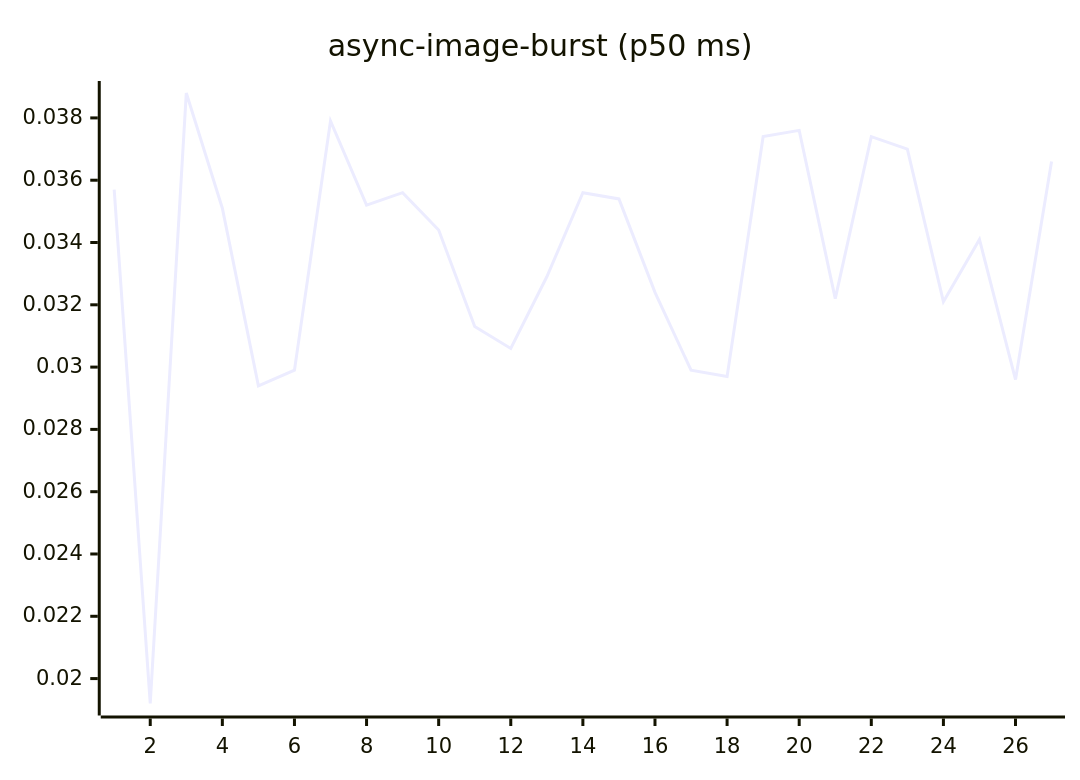
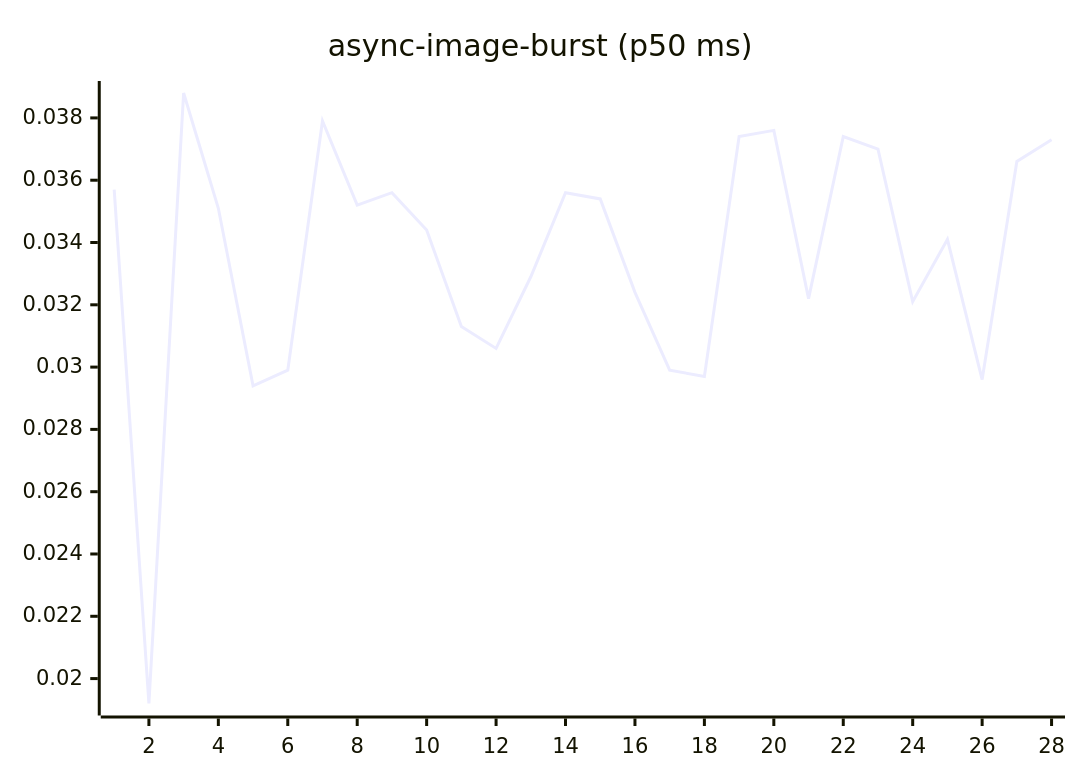
One commit to josha/Facet changed the fourth of 27 diagrams in README.md. Above: the diagram before and after it, drawn with Mermaid. The commit also changed other lines of this file and 2 other files, not shown here.

````diff
--- a/README.md
+++ b/README.md
@@ -84,6 +84,6 @@
 ```mermaid
 xychart-beta
     title "async-image-burst (p50 ms)"
-    x-axis 1 --> 27
-    line [0.0357, 0.0192, 0.0388, 0.0351, 0.0294, 0.0299, 0.0379, 0.0352, 0.0356, 0.0344, 0.0313, 0.0306, 0.0329, 0.0356, 0.0354, 0.0324, 0.0299, 0.0297, 0.0374, 0.0376, 0.0322, 0.0374, 0.0370, 0.0321, 0.0341, 0.0296, 0.0366]
+    x-axis 1 --> 28
+    line [0.0357, 0.0192, 0.0388, 0.0351, 0.0294, 0.0299, 0.0379, 0.0352, 0.0356, 0.0344, 0.0313, 0.0306, 0.0329, 0.0356, 0.0354, 0.0324, 0.0299, 0.0297, 0.0374, 0.0376, 0.0322, 0.0374, 0.0370, 0.0321, 0.0341, 0.0296, 0.0366, 0.0373]
 ```
````
